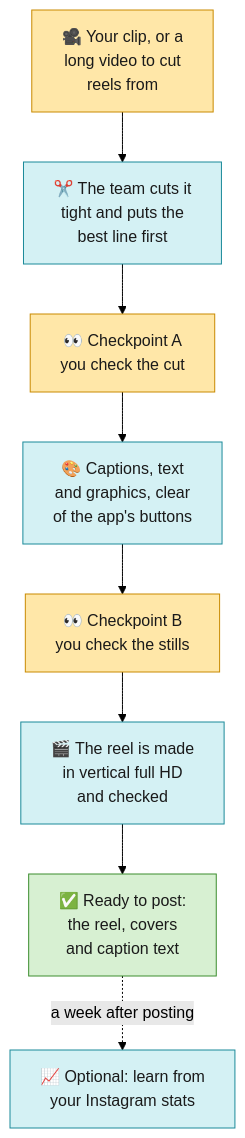
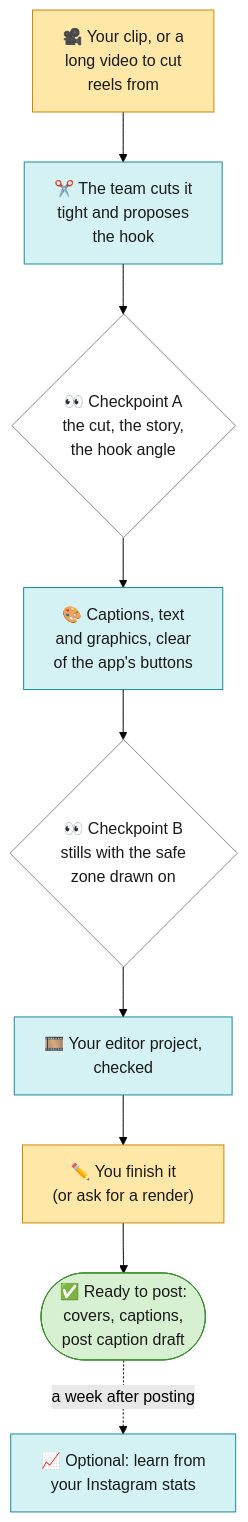
The second of 3 diagrams in Editing-Workflow/reels/README.md (harshilsaini26/Video-Workflow), drawn with Mermaid (forest theme) before and after one commit. The commit also changed other lines of this file and 3 other files, not shown here.

First line of the commit message:
Profile READMEs: the hand-off as the end, where you decide, what each team does now

````diff
--- a/Editing-Workflow/reels/README.md
+++ b/Editing-Workflow/reels/README.md
@@ -128,15 +152,15 @@
 ```mermaid
 flowchart TD
-    A["🎥 Your clip, or a<br/>long video to cut<br/>reels from"]:::you --> B["✂️ The team cuts it<br/>tight and puts the<br/>best line first"]:::team
-    B --> C["👀 Checkpoint A<br/>you check the cut"]:::you
+    A["🎥 Your clip, or a<br/>long video to cut<br/>reels from"]:::you --> B["✂️ The team cuts it<br/>tight and proposes<br/>the hook"]:::team
+    B --> C{"👀 Checkpoint A<br/>the cut, the story,<br/>the hook angle"}:::ask
     C --> D["🎨 Captions, text<br/>and graphics, clear<br/>of the app's buttons"]:::team
-    D --> E["👀 Checkpoint B<br/>you check the stills"]:::you
-    E --> F["🎬 The reel is made<br/>in vertical full HD<br/>and checked"]:::team
-    F --> G["✅ Ready to post:<br/>the reel, covers<br/>and caption text"]:::done
-    G -. "a week after posting" .-> H["📈 Optional: learn from<br/>your Instagram stats"]:::team
+    D --> E{"👀 Checkpoint B<br/>stills with the safe<br/>zone drawn on"}:::ask
+    E --> F["🎞️ Your editor project,<br/>checked"]:::team
+    F --> G["✏️ You finish it<br/>(or ask for a render)"]:::you
+    G --> H(["✅ Ready to post:<br/>covers, captions,<br/>post caption draft"]):::done
+    H -. "a week after posting" .-> I["📈 Optional: learn from<br/>your Instagram stats"]:::team
     classDef you fill:#FFE7A8,stroke:#C98A00,color:#1a1a1a
     classDef team fill:#D4F1F4,stroke:#1B8A99,color:#1a1a1a
-    classDef lead fill:#E4DCF7,stroke:#6B4FBB,color:#1a1a1a
     classDef done fill:#D7F0D2,stroke:#3C8D2F,color:#1a1a1a
     classDef ask fill:#FFFFFF,stroke:#888888,color:#1a1a1a
 ```
````
